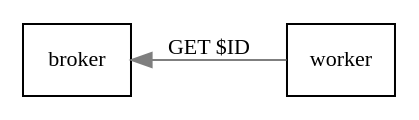
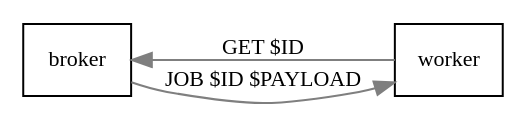
Before and after one commit to kanarip/kolab-docs: the fourth of 11 diagrams in source/architecture-and-design/bonnie.rst, drawn with Graphviz. The commit also changed other lines of this file and 1 other file, not shown here.

Commit message:
Updated the Bonnie Architecture and Design section to reflect the current development status; removed the ORM/Changelog part

```diff
--- a/source/architecture-and-design/bonnie.rst
+++ b/source/architecture-and-design/bonnie.rst
@@ -214,12 +214,13 @@
     .. graphviz::
 
         digraph {
                 rankdir = LR;
                 splines = true;
                 overlab = prism;
 
                 edge [color=gray50, fontname=Calibri, fontsize=11];
                 node [shape=record, fontname=Calibri, fontsize=11];
 
                 "broker" -> "worker" [label="GET $ID",dir=back];
+                "broker" -> "worker" [label="JOB $ID $PAYLOAD"];
             }
```
